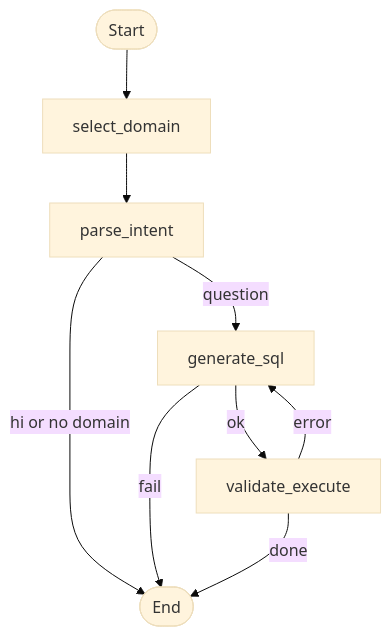
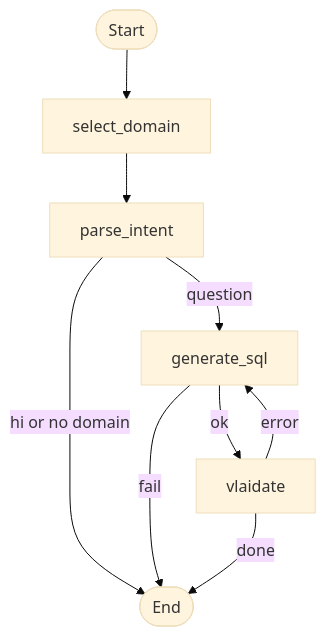
Before and after one commit to tashonnelo/text-sql: the diagram in README.md, drawn with Mermaid (base theme).

````diff
--- a/README.md
+++ b/README.md
@@ -1,11 +1,11 @@
 ```mermaid
 flowchart TD
     A([Start]) --> B[select_domain]
     B --> C[parse_intent]
     C -->|hi or no domain| Z([End])
     C -->|question| D[generate_sql]
     D -->|fail| Z
-    D -->|ok| E[validate_execute]
+    D -->|ok| E[vlaidate]
     E -->|error| D
     E -->|done| Z
 ```
````
